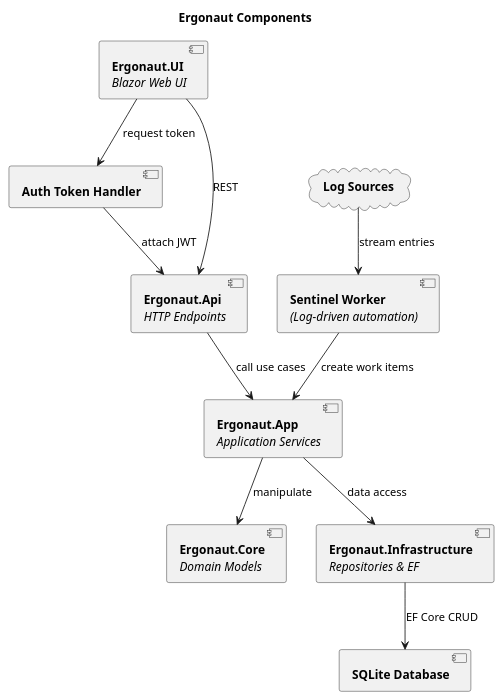
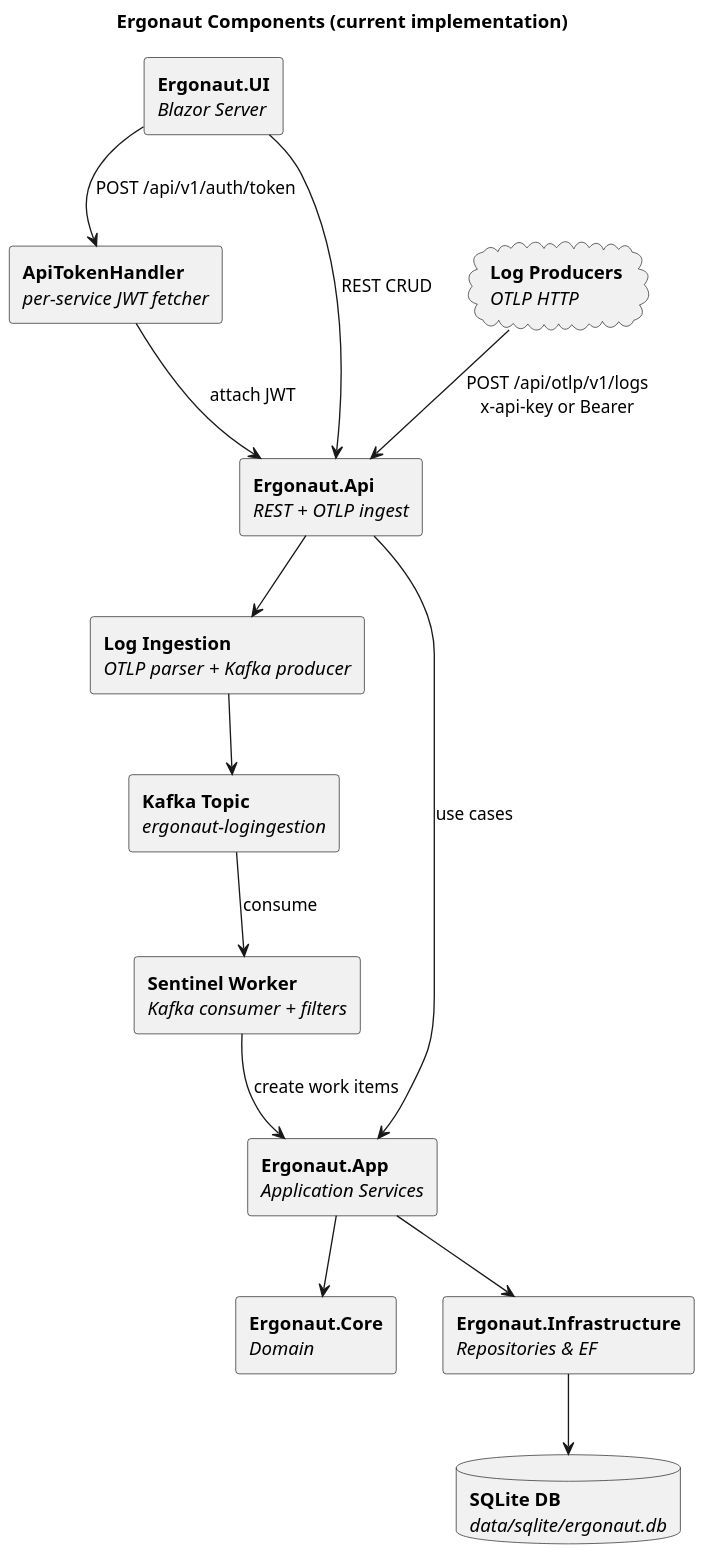
The diagram in docs/uml/components.puml (LukasLeindals/ergonaut), drawn with PlantUML before and after one commit. The commit also changed 50 other files, not shown here.

```diff
--- a/docs/uml/components.puml
+++ b/docs/uml/components.puml
@@ -1,30 +1,34 @@
 @startuml components
-title Ergonaut Components
+title Ergonaut Components (current implementation)
 
 top to bottom direction
+skinparam componentStyle rectangle
+skinparam dpi 150
 
+component "<b>Ergonaut.UI</b>\n<i>Blazor Server</i>" as UI
+component "<b>ApiTokenHandler</b>\n<i>per-service JWT fetcher</i>" as Auth
+component "<b>Ergonaut.Api</b>\n<i>REST + OTLP ingest</i>" as API
+component "<b>Log Ingestion</b>\n<i>OTLP parser + Kafka producer</i>" as Ingest
+component "<b>Kafka Topic</b>\n<i>ergonaut-logingestion</i>" as Kafka
+component "<b>Sentinel Worker</b>\n<i>Kafka consumer + filters</i>" as Sentinel
+component "<b>Ergonaut.App</b>\n<i>Application Services</i>" as AppLayer
+component "<b>Ergonaut.Core</b>\n<i>Domain</i>" as Core
+component "<b>Ergonaut.Infrastructure</b>\n<i>Repositories & EF</i>" as Infra
+database "<b>SQLite DB</b>\n<i>data/sqlite/ergonaut.db</i>" as Db
+cloud "<b>Log Producers</b>\n<i>OTLP HTTP</i>" as Logs
 
+UI --> Auth : POST /api/v1/auth/token
+Auth --> API : attach JWT
+UI --> API : REST CRUD
+API --> AppLayer : use cases
+AppLayer --> Core
+AppLayer --> Infra
+Infra --> Db
 
-component "<b>Ergonaut.UI</b>\n<i>Blazor Web UI</i>" as UI
-component "<b>Auth Token Handler</b>" as Auth
-component "<b>Ergonaut.Api</b>\n<i>HTTP Endpoints</i>" as API
-component "<b>Ergonaut.App</b>\n<i>Application Services</i>" as AppLayer
-component "<b>Ergonaut.Core</b>\n<i>Domain Models</i>" as Core
-component "<b>Ergonaut.Infrastructure</b>\n<i>Repositories & EF</i>" as Infra
-component "<b>SQLite Database</b>" as Db
-
-component "<b>Sentinel Worker</b>\n<i>(Log-driven automation)</i>" as Sentinel
-cloud "<b>Log Sources</b>" as Logs
-
-UI --> Auth : request token
-Auth --> API : attach JWT
-UI --> API : REST
-API --> AppLayer : call use cases
-AppLayer --> Core : manipulate
-AppLayer --> Infra : data access
-Infra --> Db : EF Core CRUD
-
-Logs --> Sentinel : stream entries
+Logs --> API : POST /api/otlp/v1/logs\nx-api-key or Bearer
+API --> Ingest
+Ingest --> Kafka
+Kafka --> Sentinel : consume
 Sentinel --> AppLayer : create work items
 
 @enduml
```
